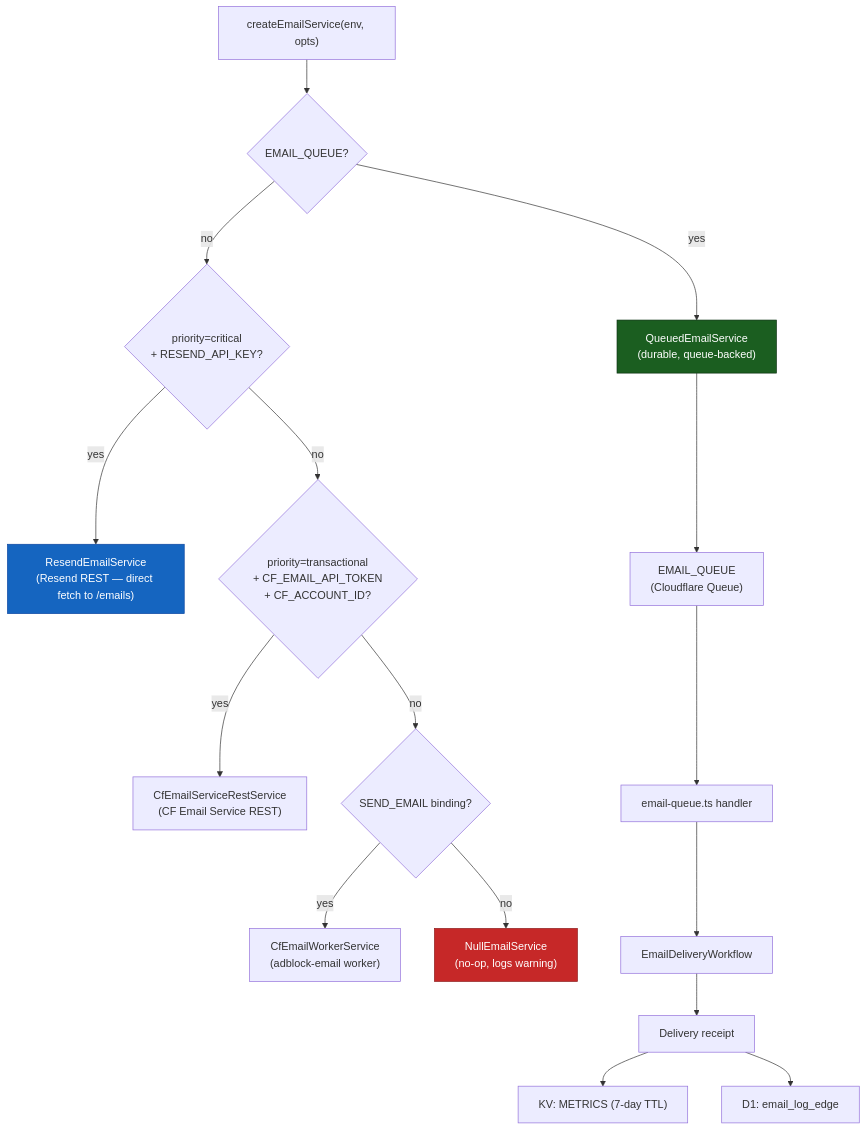
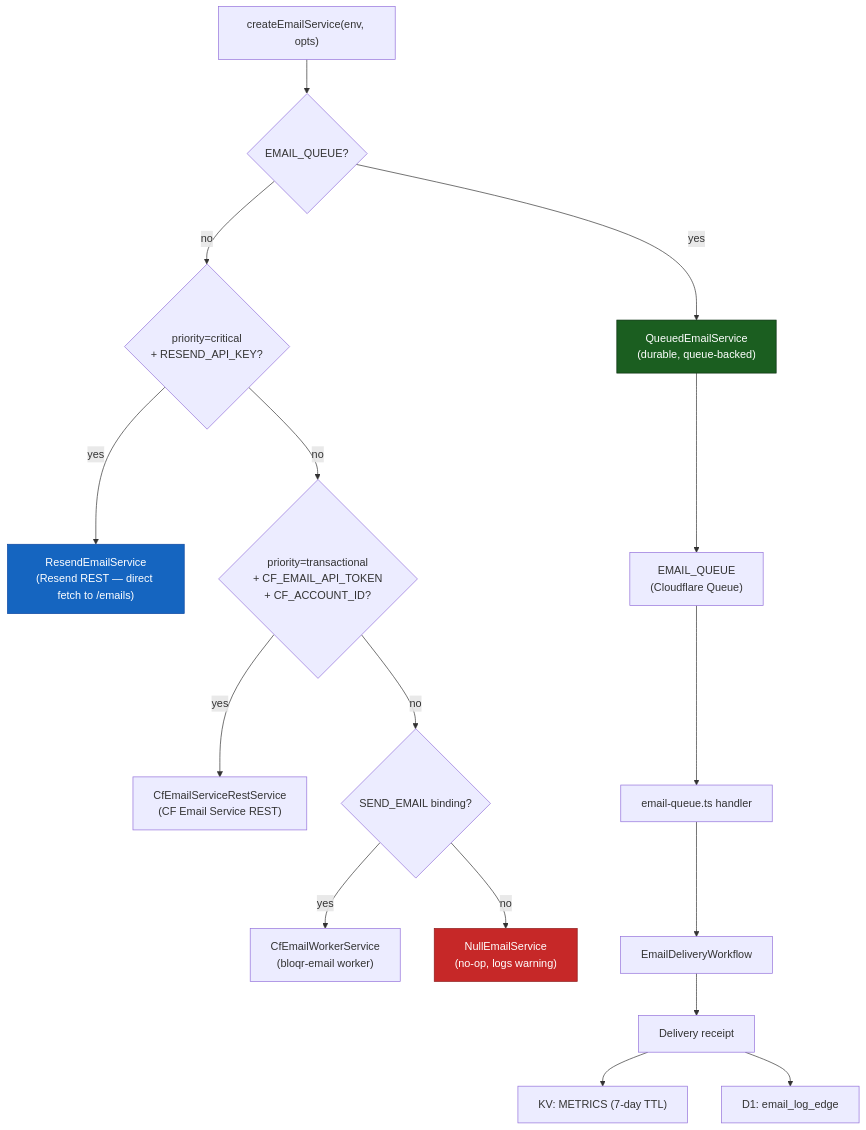
Before and after one commit to jaypatrick/adblock-compiler: the diagram in docs/cloudflare/EMAIL_SERVICE.md, drawn with Mermaid. The commit also changed 252 other files, not shown here.

First line of the commit message:
chore: rename Cloudflare Worker names from adblock- to bloqr- (bloqr-compiler → bloqr-backend) (#1762)

````diff
--- a/docs/cloudflare/EMAIL_SERVICE.md
+++ b/docs/cloudflare/EMAIL_SERVICE.md
@@ -9,23 +9,23 @@
 ```mermaid
 flowchart TD
     Factory["createEmailService(env, opts)"] --> P1{EMAIL_QUEUE?}
     P1 -- yes --> QSvc["QueuedEmailService\n(durable, queue-backed)"]
     P1 -- no --> P2{priority=critical\n+ RESEND_API_KEY?}
     P2 -- yes --> ResendSvc["ResendEmailService\n(Resend REST — direct fetch to /emails)"]
     P2 -- no --> P3{priority=transactional\n+ CF_EMAIL_API_TOKEN\n+ CF_ACCOUNT_ID?}
     P3 -- yes --> CFRestSvc["CfEmailServiceRestService\n(CF Email Service REST)"]
     P3 -- no --> P4{SEND_EMAIL binding?}
-    P4 -- yes --> CFSvc["CfEmailWorkerService\n(adblock-email worker)"]
+    P4 -- yes --> CFSvc["CfEmailWorkerService\n(bloqr-email worker)"]
     P4 -- no --> NullSvc["NullEmailService\n(no-op, logs warning)"]
 
     QSvc --> Queue["EMAIL_QUEUE\n(Cloudflare Queue)"]
     Queue --> QHandler["email-queue.ts handler"]
     QHandler --> WF["EmailDeliveryWorkflow"]
     WF --> Receipt["Delivery receipt"]
     Receipt --> KV["KV: METRICS (7-day TTL)"]
     Receipt --> D1["D1: email_log_edge"]
 
     style ResendSvc fill:#1565c0,stroke:#0d47a1,color:#fff
     style QSvc fill:#1b5e20,stroke:#0a3010,color:#fff
     style NullSvc fill:#c62828,stroke:#8e1c1c,color:#fff
 ```
````
